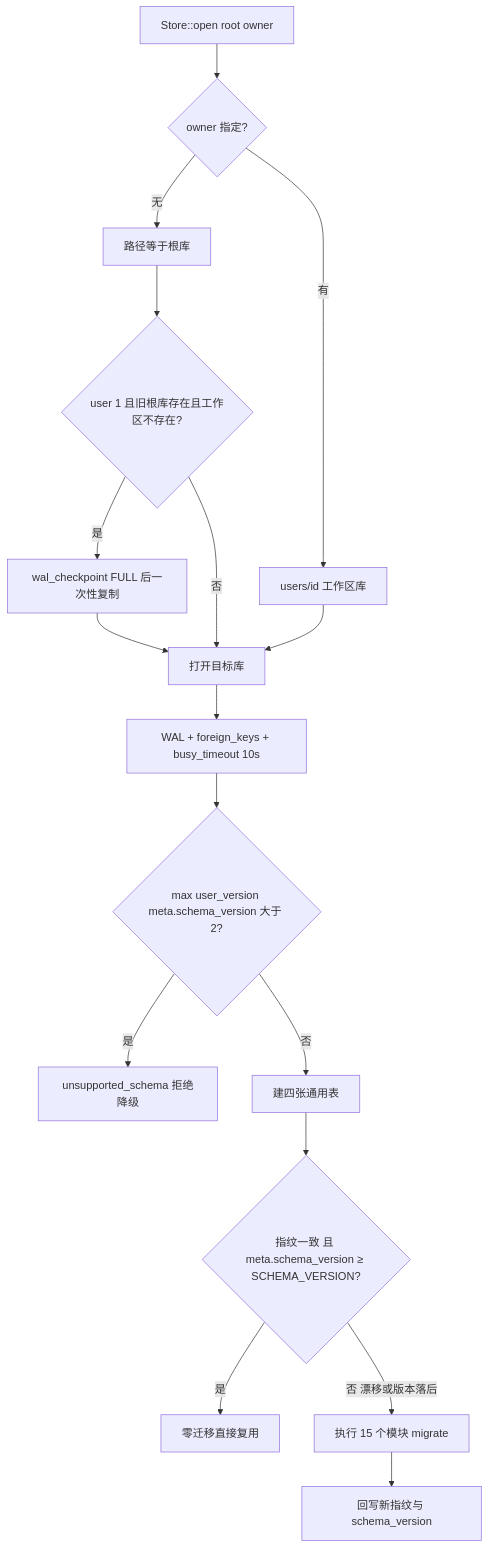
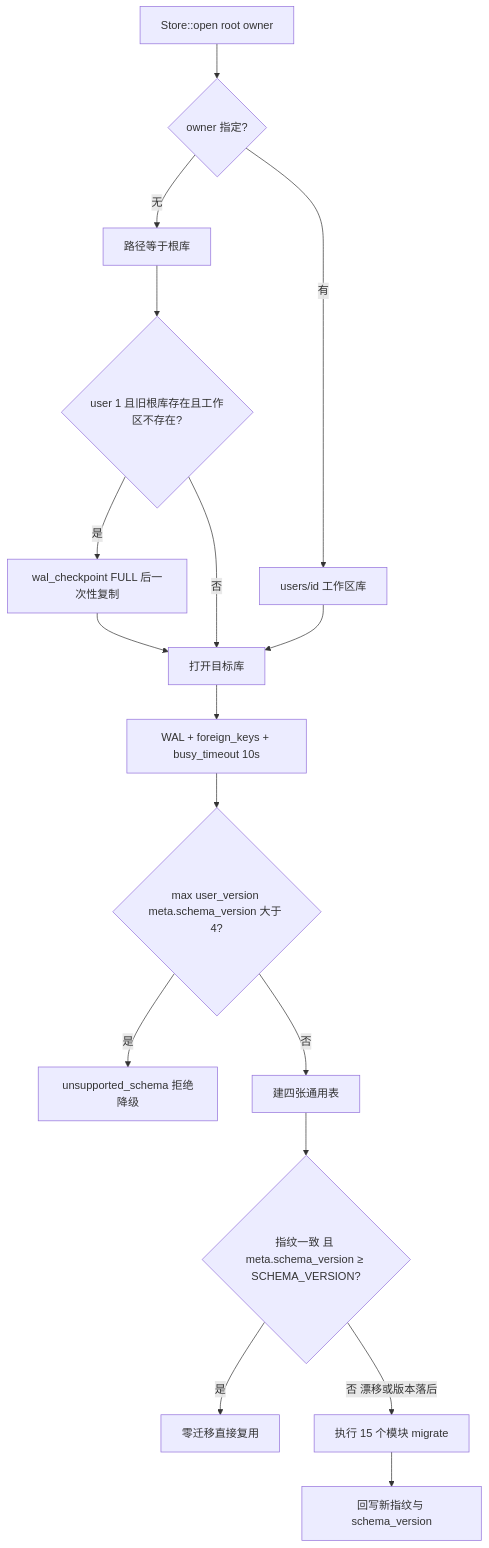
The third of 23 diagrams in docs/architecture/02-operation-principles.md (hershate/Deep-tutor), drawn with Mermaid before and after one commit. The commit also changed other lines of this file and 17 other files, not shown here.

````diff
--- a/docs/architecture/02-operation-principles.md
+++ b/docs/architecture/02-operation-principles.md
@@ -67,19 +67,19 @@
 ```mermaid
 flowchart TD
     A[Store::open root owner] --> B{owner 指定?}
     B -->|无| C[路径等于根库]
     B -->|有| D[users/id 工作区库]
     C --> E{user 1 且旧根库存在且工作区不存在?}
     E -->|是| F[wal_checkpoint FULL 后一次性复制]
     E -->|否| G[打开目标库]
     D --> G
     F --> G
     G --> H[WAL + foreign_keys + busy_timeout 10s]
-    H --> I{max user_version meta.schema_version 大于 2?}
+    H --> I{max user_version meta.schema_version 大于 4?}
     I -->|是| J[unsupported_schema 拒绝降级]
     I -->|否| K[建四张通用表]
     K --> L{指纹一致 且 meta.schema_version ≥ SCHEMA_VERSION?}
     L -->|是| M[零迁移直接复用]
     L -->|否 漂移或版本落后| N[执行 15 个模块 migrate]
     N --> O[回写新指纹与 schema_version]
 ```
````
